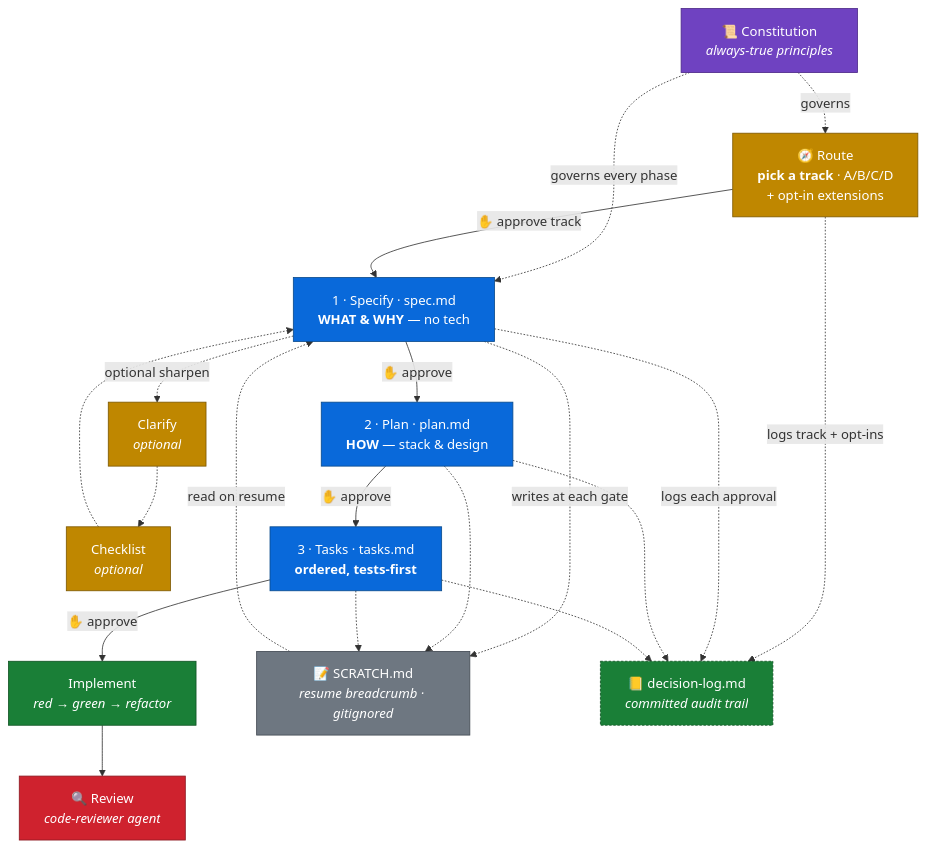
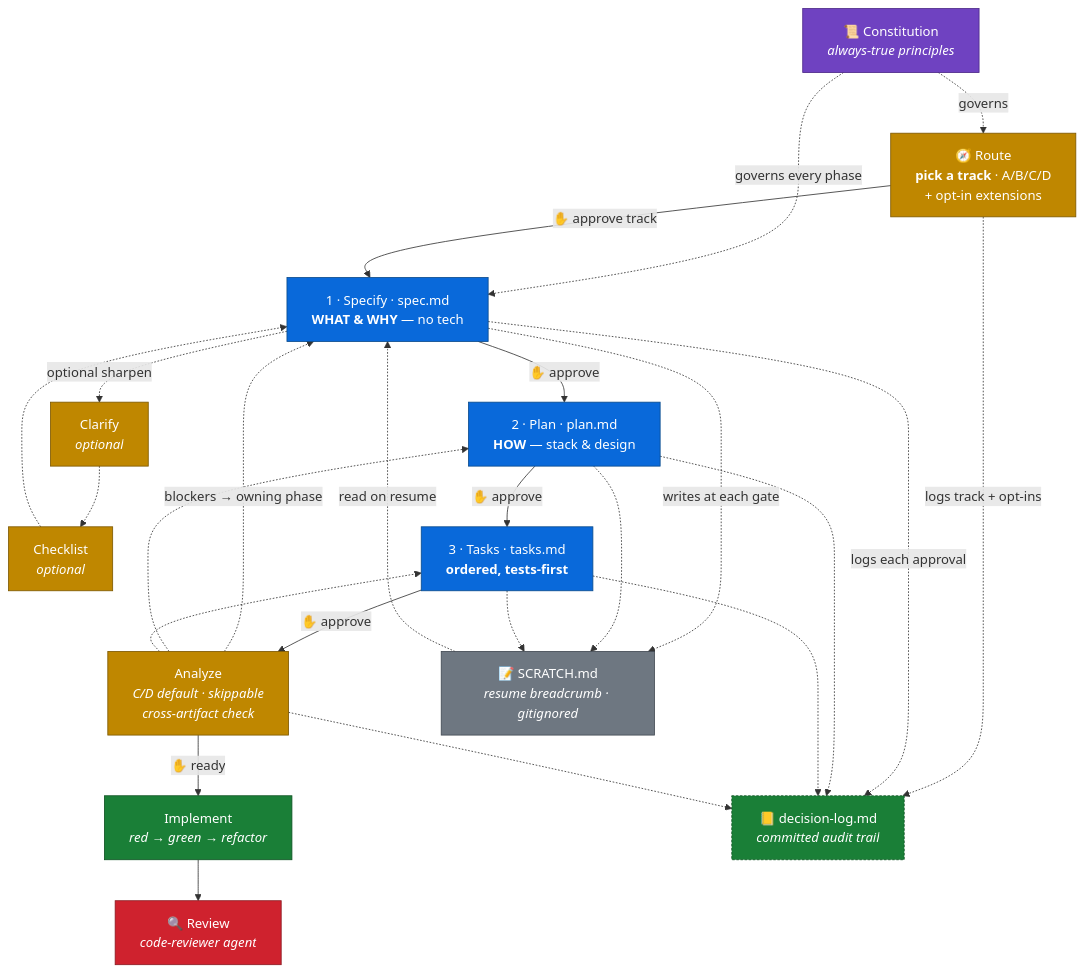
The first of 2 diagrams in README.md (saptarshibasu/spec-driven-development), drawn with Mermaid before and after one commit. The commit also changed other lines of this file and 12 other files, not shown here.

````diff
--- a/README.md
+++ b/README.md
@@ -26,38 +26,43 @@
 ```mermaid
 flowchart TD
     K["📜 Constitution<br/><i>always-true principles</i>"]:::gov
     RT["🧭 Route<br/><b>pick a track</b> · A/B/C/D<br/>+ opt-in extensions"]:::gate
     S["1 · Specify · spec.md<br/><b>WHAT & WHY</b> — no tech"]:::phase
     CL["Clarify<br/><i>optional</i>"]:::gate
     CK["Checklist<br/><i>optional</i>"]:::gate
     P["2 · Plan · plan.md<br/><b>HOW</b> — stack & design"]:::phase
     T["3 · Tasks · tasks.md<br/><b>ordered, tests-first</b>"]:::phase
+    AN["Analyze<br/><i>C/D default · skippable<br/>cross-artifact check</i>"]:::gate
     I["Implement<br/><i>red → green → refactor</i>"]:::impl
     R["🔍 Review<br/><i>code-reviewer agent</i>"]:::sensor
     B["📝 SCRATCH.md<br/><i>resume breadcrumb · gitignored</i>"]:::scratch
     DL["📒 decision-log.md<br/><i>committed audit trail</i>"]:::audit
 
     K -. governs every phase .-> S
     RT -->|✋ approve track| S
     K -. governs .-> RT
-    S -->|✋ approve| P -->|✋ approve| T -->|✋ approve| I --> R
+    S -->|✋ approve| P -->|✋ approve| T -->|✋ approve| AN -->|✋ ready| I --> R
     S -. optional sharpen .-> CL
     CL -.-> CK
     CK -.-> S
+    AN -. blockers → owning phase .-> S
+    AN -.-> P
+    AN -.-> T
     S -. writes at each gate .-> B
     P -.-> B
     T -.-> B
     B -. read on resume .-> S
     RT -. logs track + opt-ins .-> DL
     S -. logs each approval .-> DL
     P -.-> DL
     T -.-> DL
+    AN -.-> DL
 
     classDef gov fill:#6f42c1,color:#fff,stroke:#4c2889
     classDef phase fill:#0969da,color:#fff,stroke:#0a4b8c
     classDef gate fill:#bf8700,color:#fff,stroke:#7d5800
     classDef impl fill:#1a7f37,color:#fff,stroke:#0f5323
     classDef sensor fill:#cf222e,color:#fff,stroke:#8b1a22
     classDef scratch fill:#6e7781,color:#fff,stroke:#424a53
     classDef audit fill:#1a7f37,color:#fff,stroke:#0f5323,stroke-dasharray:3 2
 ```
````
